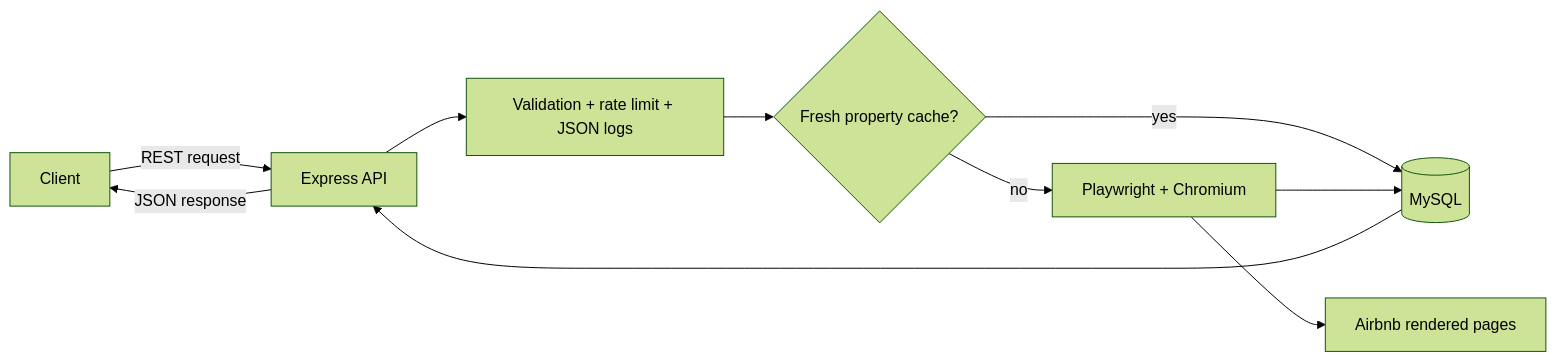
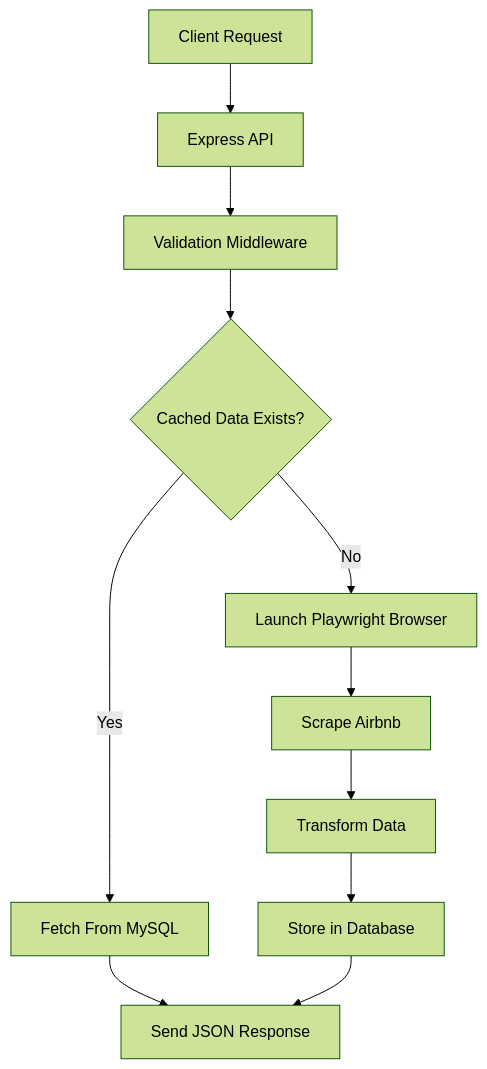
Before and after one commit to Kuldeepch13/Airbnb-Scraper: the first of 3 diagrams in README.md, drawn with Mermaid (forest theme). The commit also changed other lines of this file, not shown here.

````diff
--- a/README.md
+++ b/README.md
@@ -139,12 +37,23 @@
 ```mermaid
-flowchart LR
-    C[Client] -->|REST request| A[Express API]
-    A --> V[Validation + rate limit + JSON logs]
-    V --> D{Fresh property cache?}
-    D -- yes --> M[(MySQL)]
-    D -- no --> P[Playwright + Chromium]
-    P --> X[Airbnb rendered pages]
-    P --> M
-    M --> A
-    A -->|JSON response| C
+flowchart TD
+
+A[Client Request] --> B[Express API]
+
+B --> C[Validation Middleware]
+
+C --> D{Cached Data Exists?}
+
+D -->|Yes| E[Fetch From MySQL]
+
+D -->|No| F[Launch Playwright Browser]
+
+F --> G[Scrape Airbnb]
+
+G --> H[Transform Data]
+
+H --> I[Store in Database]
+
+E --> J[Send JSON Response]
+
+I --> J
 ```
````
